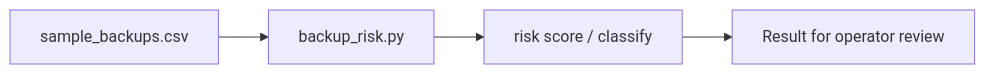
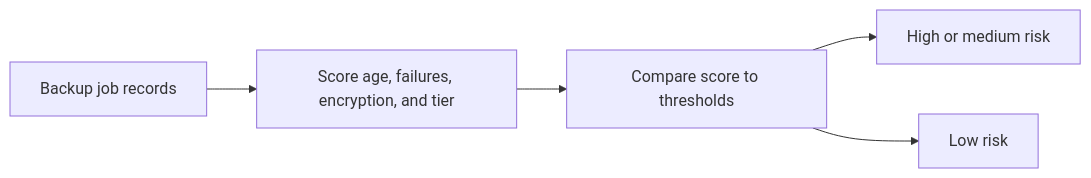
The diagram in docs/ARCHITECTURE.md (Klokesh493/backup-job-risk-scorer), drawn with Mermaid before and after one commit. The commit also changed 1 other file, not shown here.

Commit message:
Show the project decision flow in its README

````diff
--- a/docs/ARCHITECTURE.md
+++ b/docs/ARCHITECTURE.md
@@ -5,8 +5,11 @@
 ```mermaid
 flowchart LR
-    N0["sample_backups.csv"]
-    N1["backup_risk.py"]
-    N2["risk score / classify"]
-    N3["Result for operator review"]
-    N0 --> N1 --> N2 --> N3
+    A["Backup job records"]
+    B["Score age, failures, encryption, and tier"]
+    C["Compare score to thresholds"]
+    D["High or medium risk"]
+    E["Low risk"]
+    A --> B --> C
+    C --> D
+    C --> E
 ```
````
